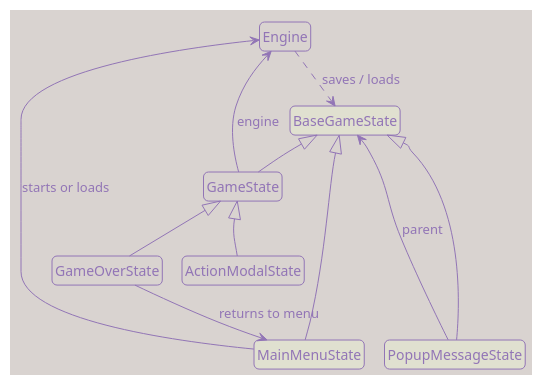
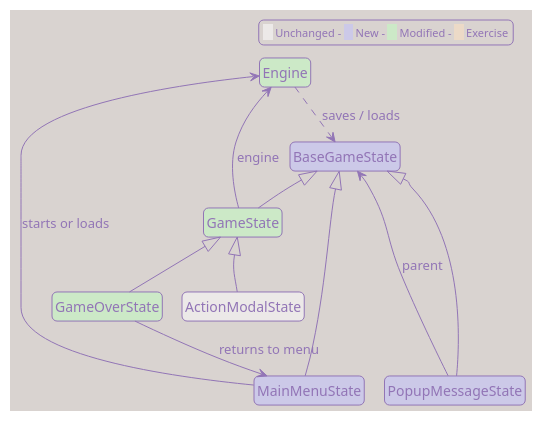
One commit to Darky-Lucera/roguelike-tutorial-python-tcod changed the diagram in uml/part10_local_classes.puml. Above: the diagram before and after it, drawn with PlantUML. The commit also changed 64 other files, not shown here.

Commit message:
Improve class diagrams. Minor changes

```diff
--- a/uml/part10_local_classes.puml
+++ b/uml/part10_local_classes.puml
@@ -1,77 +1,82 @@
 @startuml part10_local_classes
 
 !theme mimeograph
 
 top to bottom direction
 
 hide members
 hide circle
 
 skinparam roundcorner 10
+skinparam classBackgroundColor #ece9e8
 skinparam noteFontSize 10
 skinparam noteBorderThickness 1
 skinparam noteMargin 2
 skinparam notePadding 2
 skinparam nodesep 20
 skinparam ranksep 35
 
 set namespaceSeparator none
 
 '--------------------------------------
 ' Classes
 '--------------------------------------
 
-class "Engine" as game.engine.Engine {
+class "Engine" as game.engine.Engine #cce9c7 {
 }
 
-class "BaseGameState" as game.game_states.BaseGameState #e0e0d0 {
+class "BaseGameState" as game.game_states.BaseGameState #ccc9e8 {
 }
 
-class "GameState" as game.game_states.GameState {
+class "GameState" as game.game_states.GameState #cce9c7 {
 }
 
 class "ActionModalState" as game.game_states.ActionModalState {
 }
 
-class "GameOverState" as game.game_states.GameOverState {
+class "GameOverState" as game.game_states.GameOverState #cce9c7 {
 }
 
-class "MainMenuState" as game.game_states.MainMenuState #e0e0d0 {
+class "MainMenuState" as game.game_states.MainMenuState #ccc9e8 {
 }
 
-class "PopupMessageState" as game.game_states.PopupMessageState #e0e0d0 {
+class "PopupMessageState" as game.game_states.PopupMessageState #ccc9e8 {
 }
 
 '--------------------------------------
 ' Relations
 '--------------------------------------
 
 ' Inheritance: base class first, derived class second.
 game.game_states.BaseGameState <|-- game.game_states.GameState
 game.game_states.BaseGameState <|-- game.game_states.MainMenuState
 game.game_states.BaseGameState <|-- game.game_states.PopupMessageState
 game.game_states.GameState <|-- game.game_states.ActionModalState
 game.game_states.GameState <|-- game.game_states.GameOverState
 
 ' New state relationships introduced by save/load and the menu.
 game.game_states.GameState -up-> game.engine.Engine : engine
 game.game_states.PopupMessageState -up-> game.game_states.BaseGameState : parent
 game.game_states.MainMenuState --> game.engine.Engine : starts or loads
 game.game_states.GameOverState --> game.game_states.MainMenuState : returns to menu
 
 ' Engine serializes the active state when saving and restores one when loading.
 game.engine.Engine ..> game.game_states.BaseGameState : saves / loads
 
 '--------------------------------------
 ' Layout hints
 '--------------------------------------
 
 game.game_states.BaseGameState -[hidden]down- game.game_states.GameState
 game.game_states.BaseGameState -[hidden]down- game.game_states.MainMenuState
 game.game_states.MainMenuState -[hidden]right- game.game_states.PopupMessageState
 
 game.game_states.GameState -[hidden]down- game.game_states.ActionModalState
 game.game_states.ActionModalState -[hidden]right- game.game_states.GameOverState
 game.game_states.MainMenuState -[hidden]down- game.engine.Engine
 
+legend top right
+<size:11><back:#ece9e8>   </back> Unchanged - <back:#ccc9e8>   </back> New - <back:#cce9c7>   </back> Modified - <back:#ecdac7>   </back> Exercise</size>
+endlegend
+
 @enduml
```
